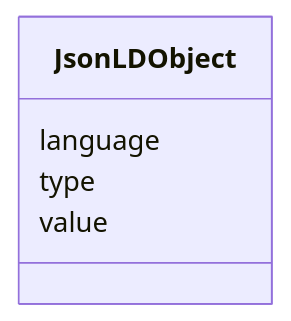
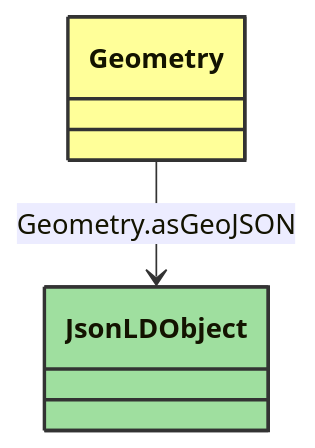
The diagram in docs/WattApp/JsonLDObject.md (3lbits/NoCIMExtensions), drawn with Mermaid before and after one commit. The commit also changed other lines of this file and 60 other files, not shown here.

````diff
--- a/docs/WattApp/JsonLDObject.md
+++ b/docs/WattApp/JsonLDObject.md
@@ -16,12 +8,15 @@
 ```mermaid
- classDiagram
+classDiagram
     class JsonLDObject
     click JsonLDObject href "../JsonLDObject"
-      JsonLDObject : language
-        
-      JsonLDObject : type
-        
-      JsonLDObject : value
-        
-      
+    style JsonLDObject fill:#9fdf9f,stroke:#333,stroke-width:2px,rx:10,ry:10
+
+
+        Geometry --> JsonLDObject : Geometry.asGeoJSON
+
+        Geometry
+            click Geometry href "../Geometry"
+            style Geometry fill:#ffff99,stroke:#333,stroke-width:2px,rx:10,ry:10
+
+
 ```
````
